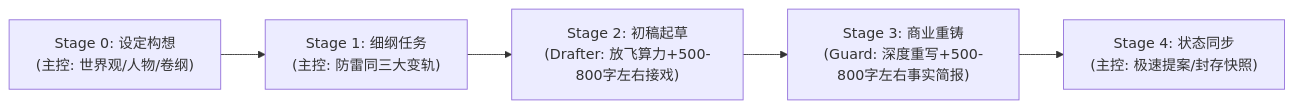
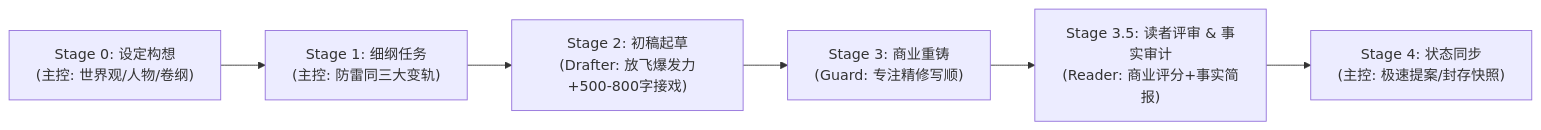
The diagram in AGENTS.md (cg110902/NOVEL), drawn with Mermaid before and after one commit. The commit also changed other lines of this file and 16 other files, not shown here.

````diff
--- a/AGENTS.md
+++ b/AGENTS.md
@@ -23,7 +24,8 @@
 ```mermaid
 graph LR
     S0["Stage 0: 设定构想<br/>(主控: 世界观/人物/卷纲)"] --> S1["Stage 1: 细纲任务<br/>(主控: 防雷同三大变轨)"]
-    S1 --> S2["Stage 2: 初稿起草<br/>(Drafter: 放飞算力+500-800字左右接戏)"]
-    S2 --> S3["Stage 3: 商业重铸<br/>(Guard: 深度重写+500-800字左右事实简报)"]
-    S3 --> S4["Stage 4: 状态同步<br/>(主控: 极速提案/封存快照)"]
+    S1 --> S2["Stage 2: 初稿起草<br/>(Drafter: 放飞爆发力+500-800字接戏)"]
+    S2 --> S3["Stage 3: 商业重铸<br/>(Guard: 专注精修写顺)"]
+    S3 --> S35["Stage 3.5: 读者评审 & 事实审计<br/>(Reader: 商业评分+事实简报)"]
+    S35 --> S4["Stage 4: 状态同步<br/>(主控: 极速提案/封存快照)"]
 ```
````
